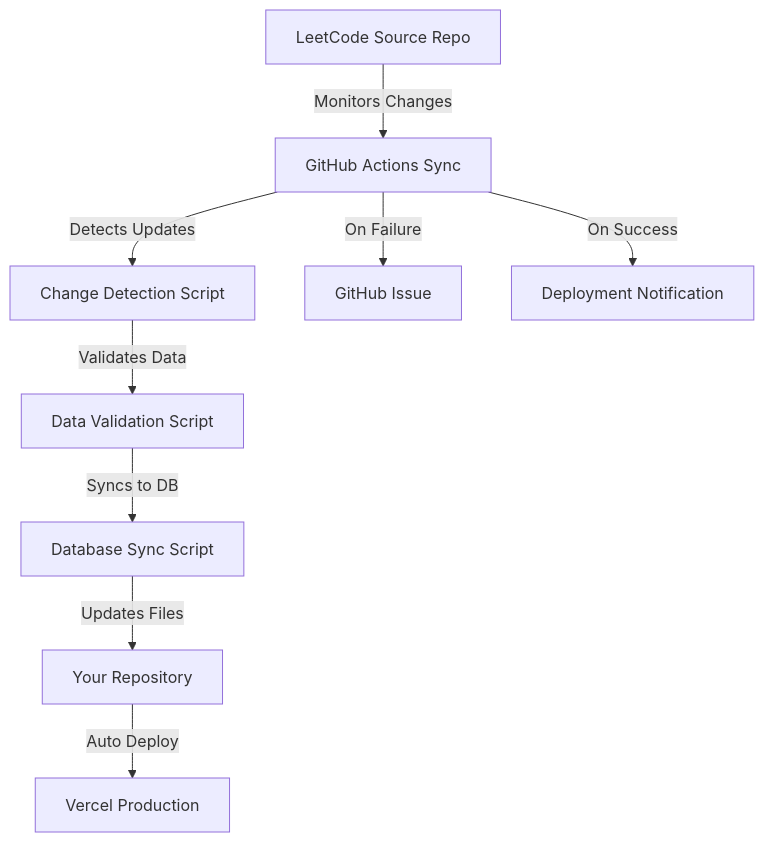
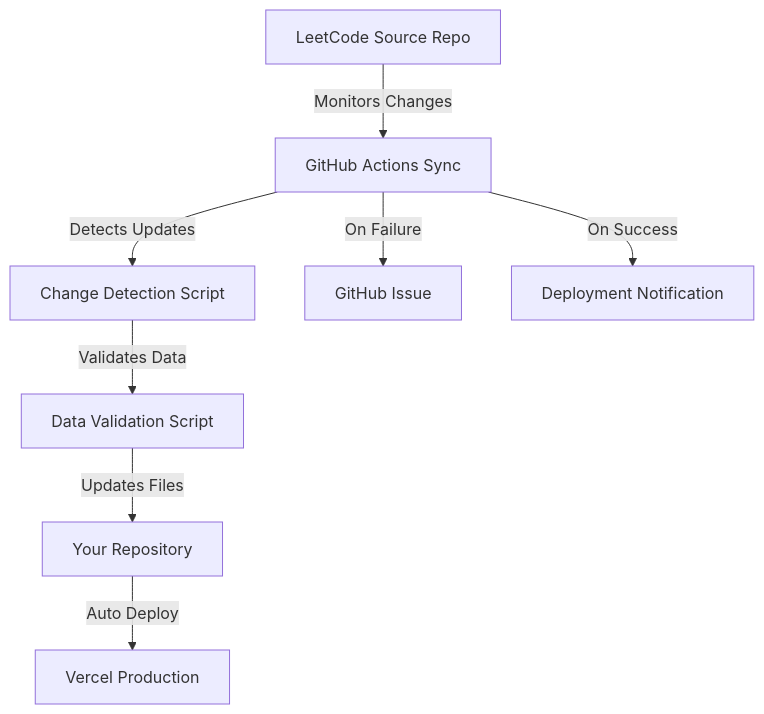
The diagram in SYNC_GUIDE.md (roshan2498/leetcode-tracker), drawn with Mermaid before and after one commit. The commit also changed other lines of this file and 35 other files, not shown here.

````diff
--- a/SYNC_GUIDE.md
+++ b/SYNC_GUIDE.md
@@ -7,11 +7,10 @@
 ```mermaid
 graph TD
     A[LeetCode Source Repo] -->|Monitors Changes| B[GitHub Actions Sync]
     B -->|Detects Updates| C[Change Detection Script]
     C -->|Validates Data| D[Data Validation Script]
-    D -->|Syncs to DB| E[Database Sync Script]
-    E -->|Updates Files| F[Your Repository]
-    F -->|Auto Deploy| G[Vercel Production]
-    B -->|On Failure| H[GitHub Issue]
-    B -->|On Success| I[Deployment Notification]
+    D -->|Updates Files| E[Your Repository]
+    E -->|Auto Deploy| F[Vercel Production]
+    B -->|On Failure| G[GitHub Issue]
+    B -->|On Success| H[Deployment Notification]
 ```
````
